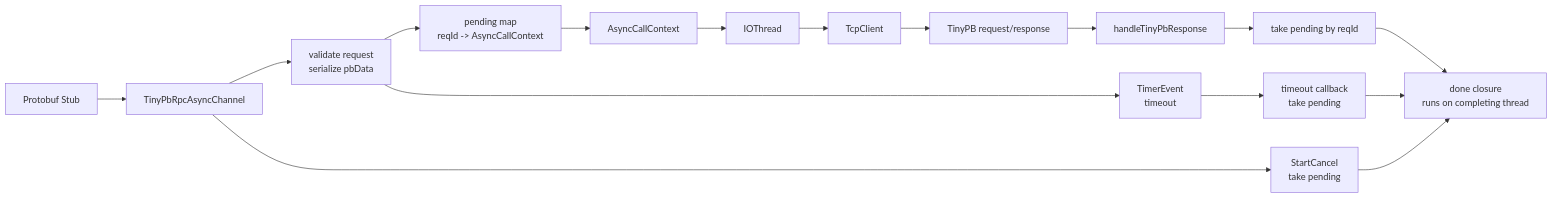
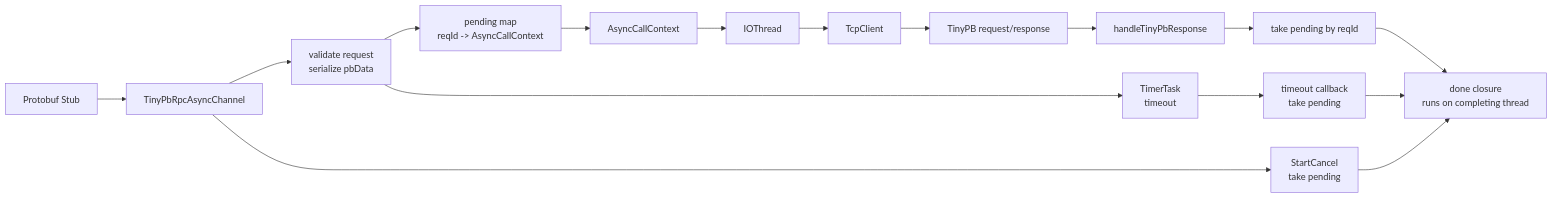
The diagram in docs/stage-15.md (echo9923/rpc), drawn with Mermaid before and after one commit. The commit also changed other lines of this file and 22 other files, not shown here.

Commit message:
refactor(timer): 将 TimerEvent 统一重命名为 TimerTask

````diff
--- a/docs/stage-15.md
+++ b/docs/stage-15.md
@@ -64,18 +64,18 @@
 ```mermaid
 flowchart LR
     Stub["Protobuf Stub"] --> AsyncChannel["TinyPbRpcAsyncChannel"]
     AsyncChannel --> Validate["validate request<br/>serialize pbData"]
     Validate --> Pending["pending map<br/>reqId -> AsyncCallContext"]
-    Validate --> Timer["TimerEvent<br/>timeout"]
+    Validate --> Timer["TimerTask<br/>timeout"]
     Timer --> Timeout["timeout callback<br/>take pending"]
     Pending --> Context["AsyncCallContext"]
     Context --> IOThread["IOThread"]
     IOThread --> TcpClient["TcpClient"]
     TcpClient --> TinyPB["TinyPB request/response"]
     TinyPB --> Handle["handleTinyPbResponse"]
     Handle --> Match["take pending by reqId"]
     Match --> Done["done closure<br/>runs on completing thread"]
     Timeout --> Done
     AsyncChannel --> Cancel["StartCancel<br/>take pending"]
     Cancel --> Done
 ```
````
